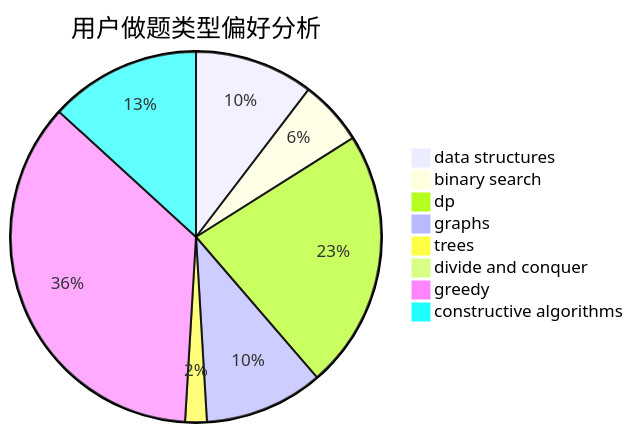
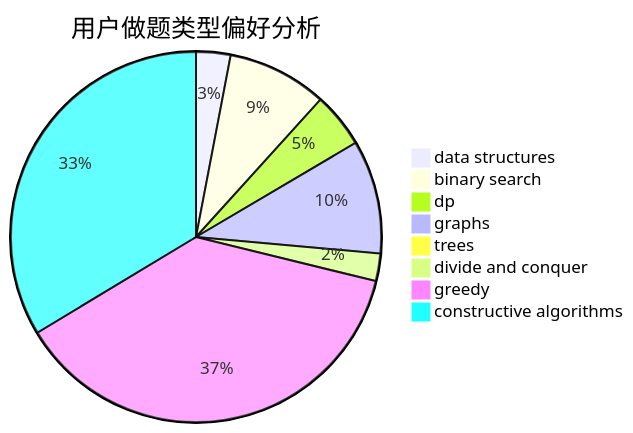
The second of 3 diagrams in docs/user/u2110.md (sherpahu/cfrs.github.io), drawn with Mermaid before and after one commit. The commit also changed other lines of this file and 2770 other files, not shown here.

````diff
--- a/docs/user/u2110.md
+++ b/docs/user/u2110.md
@@ -23,11 +23,11 @@
 ```mermaid
 pie title 用户做题类型偏好分析
-    "data structures" :  11
-    "binary search" :  6
-    "dp" :  24
-    "graphs" :  11
+    "data structures" :  10
+    "binary search" :  29
+    "dp" :  16
+    "graphs" :  33
     "trees" :  2
-    "divide and conquer" :  0
-    "greedy" :  38
-    "constructive algorithms" :  14
+    "divide and conquer" :  8
+    "greedy" :  125
+    "constructive algorithms" :  112
 ```
````
